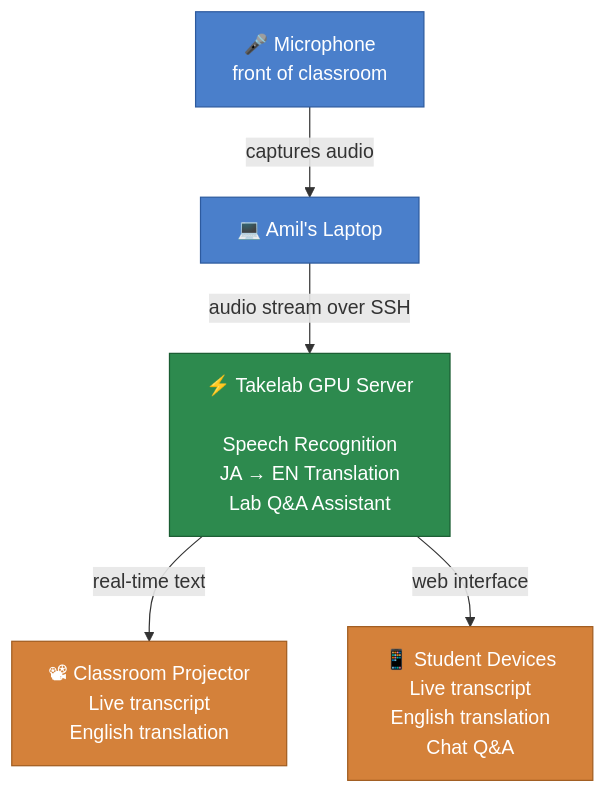
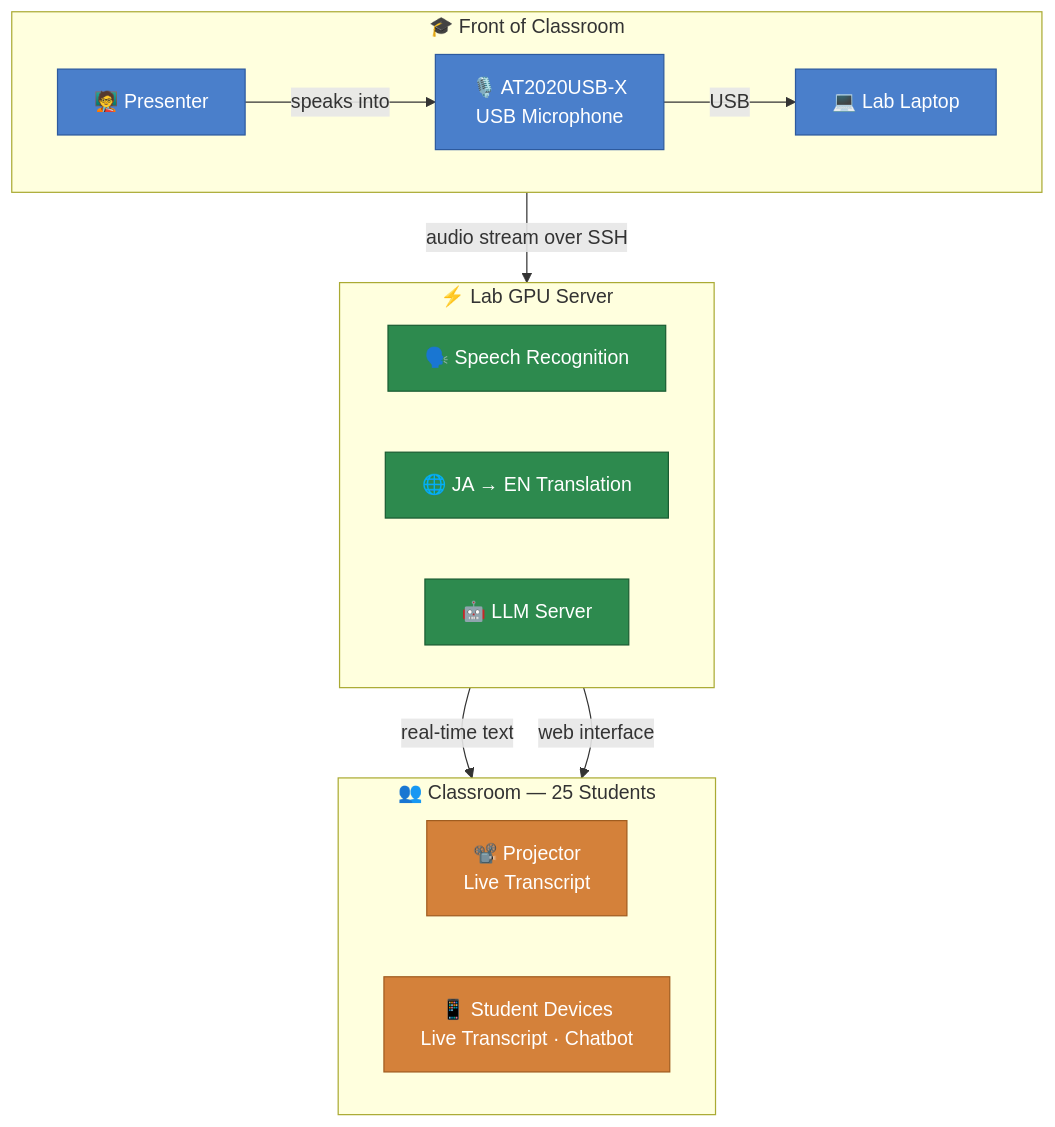
One commit to amilkh/transcriber changed the diagram in docs/architecture.md. Above: the diagram before and after it, drawn with Mermaid. The commit also changed other lines of this file, not shown here.

Commit message:
docs: update architecture diagram with classroom layout and accurate labels

````diff
--- a/docs/architecture.md
+++ b/docs/architecture.md
@@ -3,21 +3,35 @@
 ```mermaid
 flowchart TD
-    MIC["🎤 Microphone\nfront of classroom"]
-    LAPTOP["💻 Amil's Laptop"]
-    TAKELAB["⚡ Takelab GPU Server\n\nSpeech Recognition\nJA → EN Translation\nLab Q&A Assistant"]
-    PROJECTOR["📽 Classroom Projector\nLive transcript\nEnglish translation"]
-    DEVICES["📱 Student Devices\nLive transcript\nEnglish translation\nChat Q&A"]
+    subgraph FRONT["🎓 Front of Classroom"]
+        direction LR
+        PRESENTER["🧑‍🏫 Presenter"]
+        MIC["🎙️ AT2020USB-X\nUSB Microphone"]
+        LAPTOP["💻 Lab Laptop"]
+        PRESENTER -- speaks into --> MIC
+        MIC -- USB --> LAPTOP
+    end
 
-    MIC -->|"captures audio"| LAPTOP
-    LAPTOP -->|"audio stream over SSH"| TAKELAB
-    TAKELAB -->|"real-time text"| PROJECTOR
-    TAKELAB -->|"web interface"| DEVICES
+    subgraph SERVER["⚡ Lab GPU Server"]
+        STT["🗣️ Speech Recognition"]
+        TRANS["🌐 JA → EN Translation"]
+        LLM["🤖 LLM Server"]
+    end
+
+    subgraph ROOM["👥 Classroom — 25 Students"]
+        direction LR
+        PROJECTOR["📽️ Projector\nLive Transcript"]
+        DEVICES["📱 Student Devices\nLive Transcript · Chatbot"]
+    end
+
+    LAPTOP -- audio stream over SSH --> SERVER
+    SERVER -- real-time text --> PROJECTOR
+    SERVER -- web interface --> DEVICES
 
     classDef input fill:#4a7fcb,color:#fff,stroke:#2d5a9e
     classDef server fill:#2d8a4e,color:#fff,stroke:#1a5c32
     classDef output fill:#d4813a,color:#fff,stroke:#a05c1f
 
-    class MIC,LAPTOP input
-    class TAKELAB server
+    class PRESENTER,MIC,LAPTOP input
+    class STT,TRANS,LLM server
     class PROJECTOR,DEVICES output
 ```
````
